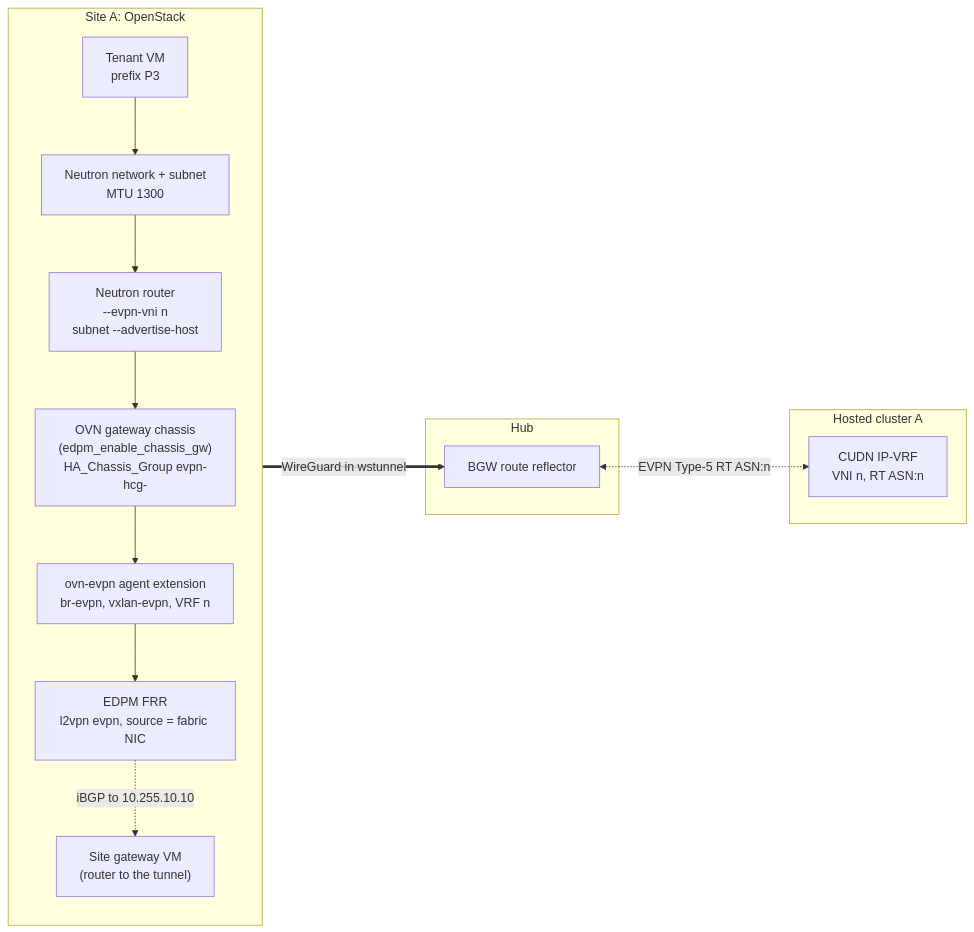
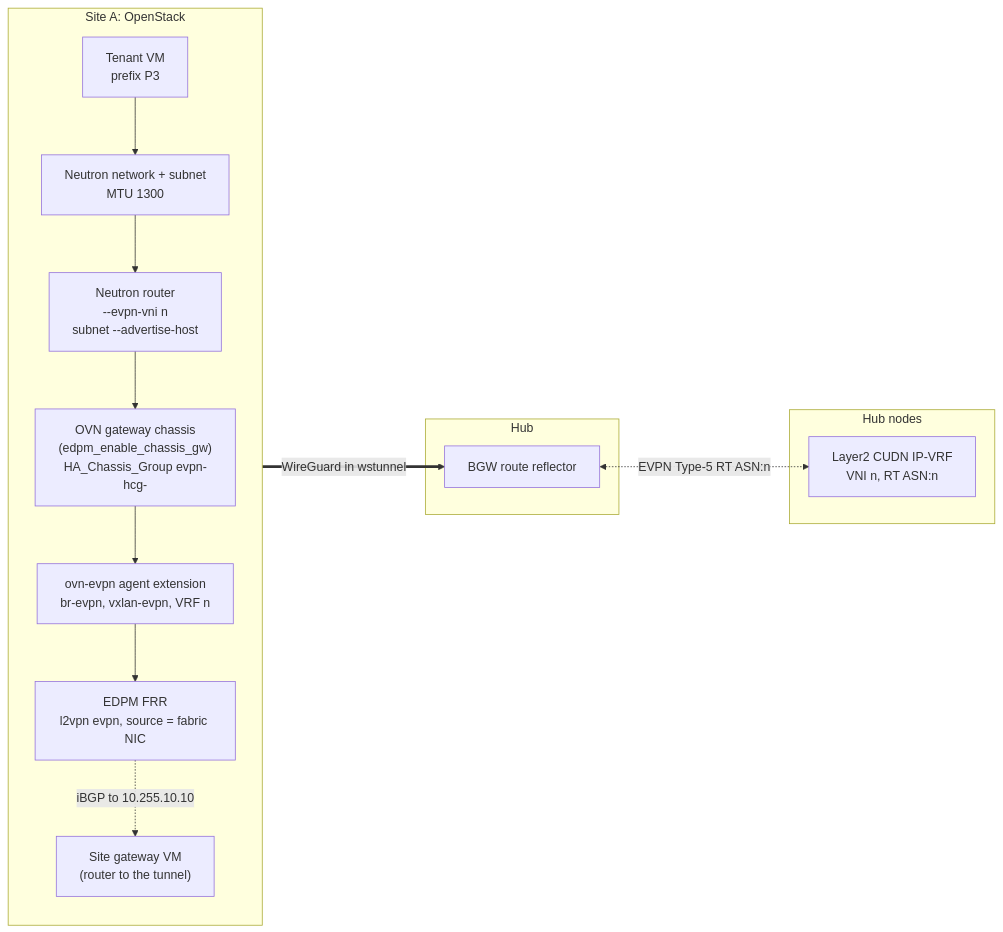
Before and after one commit to hybrid-sovereign-cloud/hybridcloud-demojam: the eighth of 11 diagrams in design/fabric.md, drawn with Mermaid. The commit also changed other lines of this file and 9 other files, not shown here.

````diff
--- a/design/fabric.md
+++ b/design/fabric.md
@@ -632,23 +708,23 @@
 ```mermaid
 flowchart LR
   subgraph site["Site A: OpenStack"]
     direction TB
     VM["Tenant VM\nprefix P3"]
     NS["Neutron network + subnet\nMTU 1300"]
     RTR["Neutron router\n--evpn-vni n\nsubnet --advertise-host"]
     GWC["OVN gateway chassis\n(edpm_enable_chassis_gw)\nHA_Chassis_Group evpn-hcg-<router>"]
     EV["ovn-evpn agent extension\nbr-evpn, vxlan-evpn, VRF n"]
     FRR["EDPM FRR\nl2vpn evpn, source = fabric NIC"]
     SG["Site gateway VM\n(router to the tunnel)"]
     VM --> NS --> RTR --> GWC --> EV --> FRR
     FRR -. "iBGP to 10.255.10.10" .-> SG
   end
   subgraph hub["Hub"]
     RR["BGW route reflector"]
   end
-  subgraph hc["Hosted cluster A"]
-    CUDN["CUDN IP-VRF\nVNI n, RT ASN:n"]
+  subgraph hc["Hub nodes"]
+    CUDN["Layer2 CUDN IP-VRF\nVNI n, RT ASN:n"]
   end
   SG == "WireGuard in wstunnel" ==> RR
   RR <-. "EVPN Type-5 RT ASN:n" .-> CUDN
 ```
````
